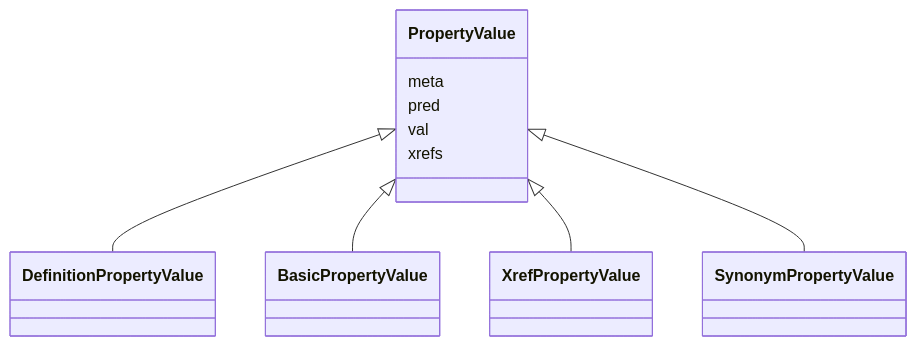
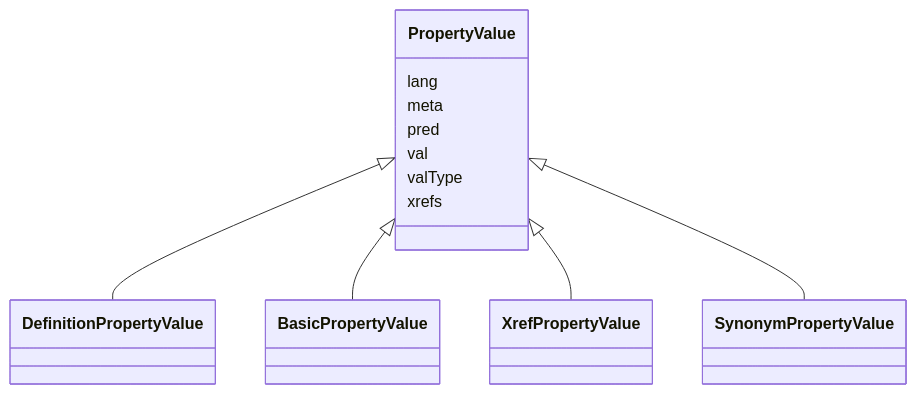
One commit to INCATools/ontology-access-kit changed the diagram in obograph/PropertyValue.md. Above: the diagram before and after it, drawn with Mermaid. The commit also changed other lines of this file and 697 other files, not shown here.

````diff
--- a/obograph/PropertyValue.md
+++ b/obograph/PropertyValue.md
@@ -13,14 +13,16 @@
 ```{mermaid}
  classDiagram
     class PropertyValue
       PropertyValue <|-- DefinitionPropertyValue
       PropertyValue <|-- BasicPropertyValue
       PropertyValue <|-- XrefPropertyValue
       PropertyValue <|-- SynonymPropertyValue
       
+      PropertyValue : lang
       PropertyValue : meta
       PropertyValue : pred
       PropertyValue : val
+      PropertyValue : valType
       PropertyValue : xrefs
       
 ```
````
